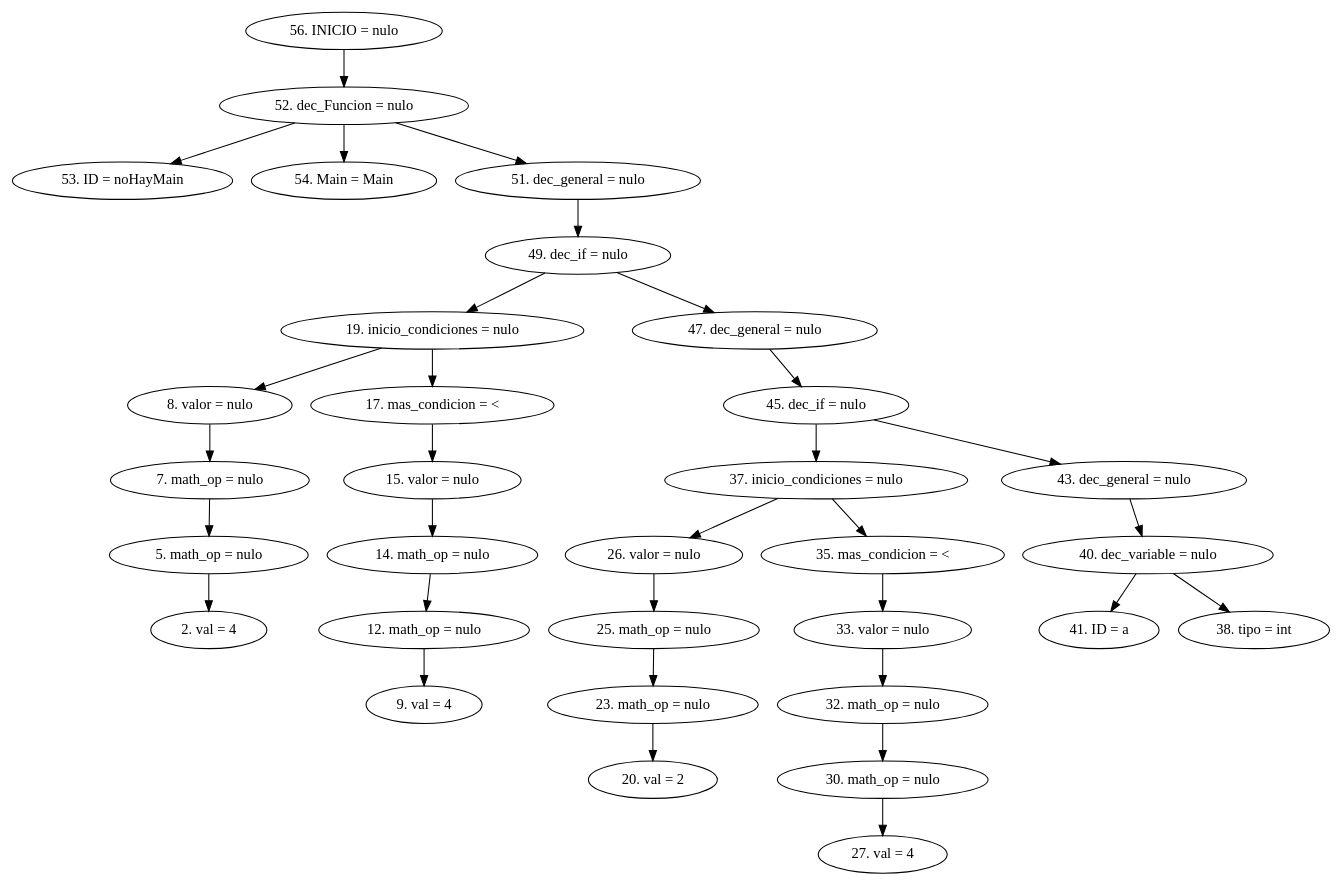
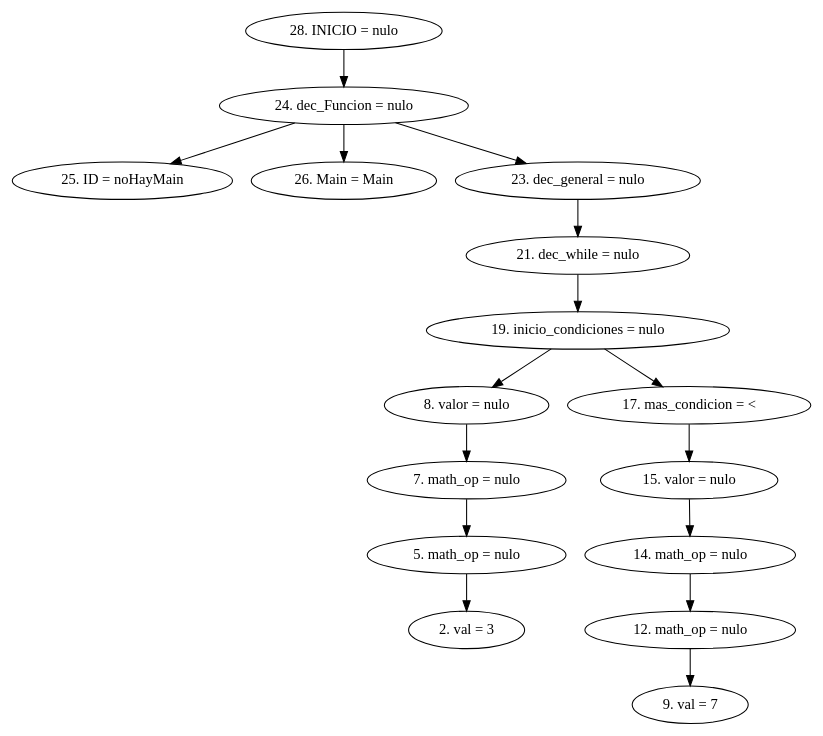
One commit to CarlosSosVos/NACHTs changed the diagram in AST.dot. Above: the diagram before and after it, drawn with Graphviz. The commit also changed 16 other files, not shown here.

```diff
--- a/AST.dot
+++ b/AST.dot
@@ -1,35 +1,19 @@
 digraph G {
-"56. INICIO = nulo"->"52. dec_Funcion = nulo"
-"52. dec_Funcion = nulo"->"53. ID = noHayMain"
-"52. dec_Funcion = nulo"->"54. Main = Main"
-"52. dec_Funcion = nulo"->"51. dec_general = nulo"
-"51. dec_general = nulo"->"49. dec_if = nulo"
-"49. dec_if = nulo"->"19. inicio_condiciones = nulo"
+"28. INICIO = nulo"->"24. dec_Funcion = nulo"
+"24. dec_Funcion = nulo"->"25. ID = noHayMain"
+"24. dec_Funcion = nulo"->"26. Main = Main"
+"24. dec_Funcion = nulo"->"23. dec_general = nulo"
+"23. dec_general = nulo"->"21. dec_while = nulo"
+"21. dec_while = nulo"->"19. inicio_condiciones = nulo"
 "19. inicio_condiciones = nulo"->"8. valor = nulo"
 "8. valor = nulo"->"7. math_op = nulo"
 "7. math_op = nulo"->"5. math_op = nulo"
-"5. math_op = nulo"->"2. val = 4"
+"5. math_op = nulo"->"2. val = 3"
 "19. inicio_condiciones = nulo"->"17. mas_condicion = <"
 "17. mas_condicion = <"->"15. valor = nulo"
 "15. valor = nulo"->"14. math_op = nulo"
 "14. math_op = nulo"->"12. math_op = nulo"
-"12. math_op = nulo"->"9. val = 4"
-"49. dec_if = nulo"->"47. dec_general = nulo"
-"47. dec_general = nulo"->"45. dec_if = nulo"
-"45. dec_if = nulo"->"37. inicio_condiciones = nulo"
-"37. inicio_condiciones = nulo"->"26. valor = nulo"
-"26. valor = nulo"->"25. math_op = nulo"
-"25. math_op = nulo"->"23. math_op = nulo"
-"23. math_op = nulo"->"20. val = 2"
-"37. inicio_condiciones = nulo"->"35. mas_condicion = <"
-"35. mas_condicion = <"->"33. valor = nulo"
-"33. valor = nulo"->"32. math_op = nulo"
-"32. math_op = nulo"->"30. math_op = nulo"
-"30. math_op = nulo"->"27. val = 4"
-"45. dec_if = nulo"->"43. dec_general = nulo"
-"43. dec_general = nulo"->"40. dec_variable = nulo"
-"40. dec_variable = nulo"->"41. ID = a"
-"40. dec_variable = nulo"->"38. tipo = int"
+"12. math_op = nulo"->"9. val = 7"
 
 
 }
```
